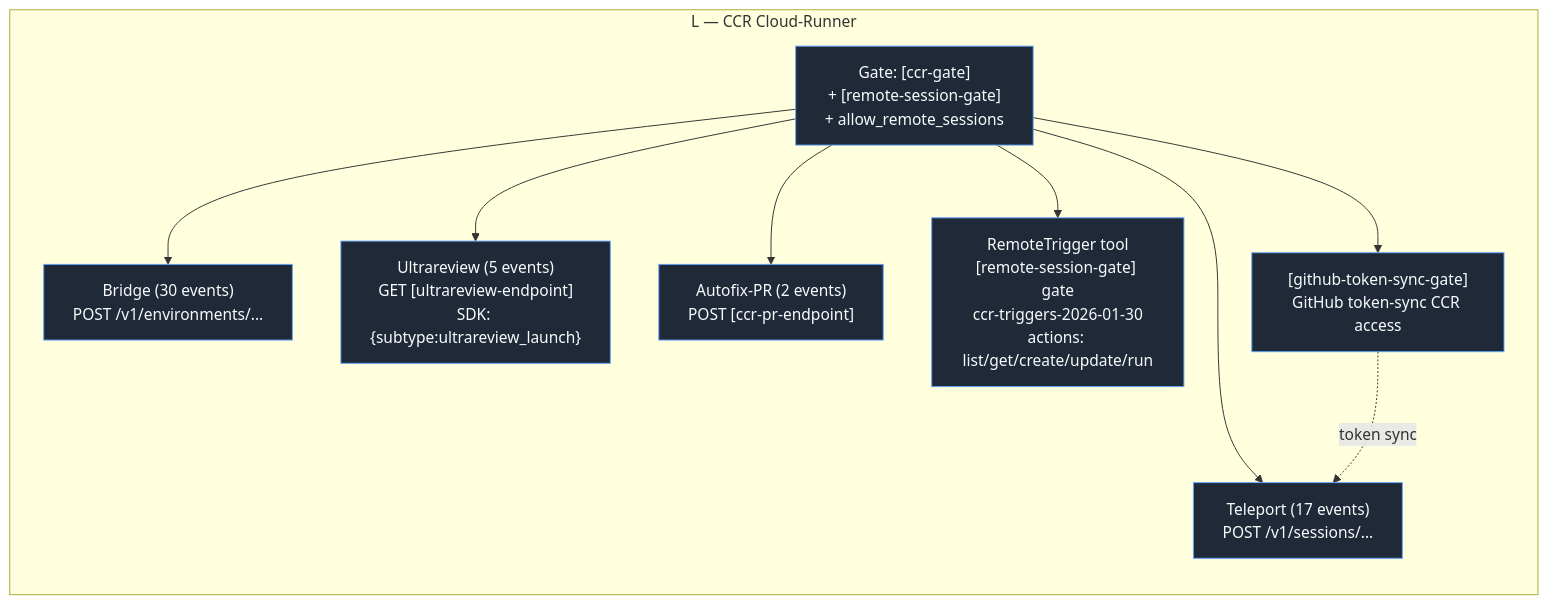
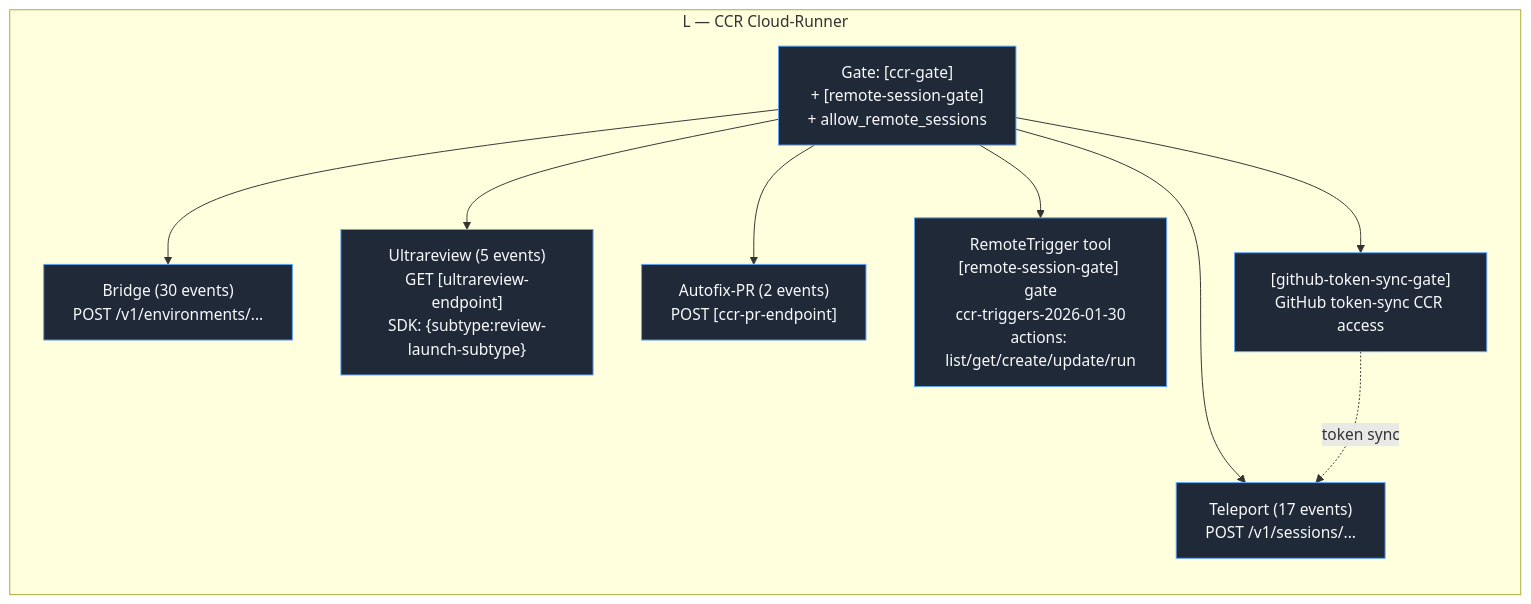
Before and after one commit to pjt222/claude-buddy-investigation: the diagram in docs/flow/CCR.mmd, drawn with Mermaid. The commit also changed 11 other files, not shown here.

```diff
--- a/docs/flow/CCR.mmd
+++ b/docs/flow/CCR.mmd
@@ -1,27 +1,27 @@
 flowchart LR
     %% CCR — L — CCR Cloud-Runner
     subgraph CCR["L — CCR Cloud-Runner"]
         direction TB
         ccr_gate["Gate: [ccr-gate]<br/>+ [remote-session-gate]<br/>+ allow_remote_sessions"]:::core
         teleport["Teleport (17 events)<br/>POST /v1/sessions/..."]:::core
         bridge["Bridge (30 events)<br/>POST /v1/environments/..."]:::core
-        ultrareview["Ultrareview (5 events)<br/>GET [ultrareview-endpoint]<br/>SDK: {subtype:ultrareview_launch}"]:::core
+        ultrareview["Ultrareview (5 events)<br/>GET [ultrareview-endpoint]<br/>SDK: {subtype:review-launch-subtype}"]:::core
         pr_autofix["Autofix-PR (2 events)<br/>POST [ccr-pr-endpoint]"]:::core
         trigger_tool["RemoteTrigger tool<br/>[remote-session-gate] gate<br/>ccr-triggers-2026-01-30<br/>actions: list/get/create/update/run"]:::core
         github_token_sync["[github-token-sync-gate]<br/>GitHub token-sync CCR access"]:::core
     end
 
     ccr_gate --> teleport
     ccr_gate --> bridge
     ccr_gate --> ultrareview
     ccr_gate --> pr_autofix
     ccr_gate --> trigger_tool
     ccr_gate --> github_token_sync
     github_token_sync -. "token sync" .-> teleport
 
     classDef core fill:#1f2937,stroke:#60a5fa,color:#f8fafc,stroke-width:1px
     classDef gap fill:#3f1d1d,stroke:#f87171,color:#fecaca,stroke-dasharray: 4 3,stroke-width:1px
     classDef removed fill:#1a1a1a,stroke:#6b7280,color:#9ca3af,stroke-dasharray: 2,stroke-width:1px
     classDef ours fill:#1e293b,stroke:#a78bfa,color:#e9d5ff,stroke-width:1px
     classDef baseline fill:#1f2937,stroke:#34d399,color:#d1fae5,stroke-width:1px
     classDef risk fill:#3f1d1d,stroke:#fb7185,color:#fecdd3,stroke-width:2px
```
